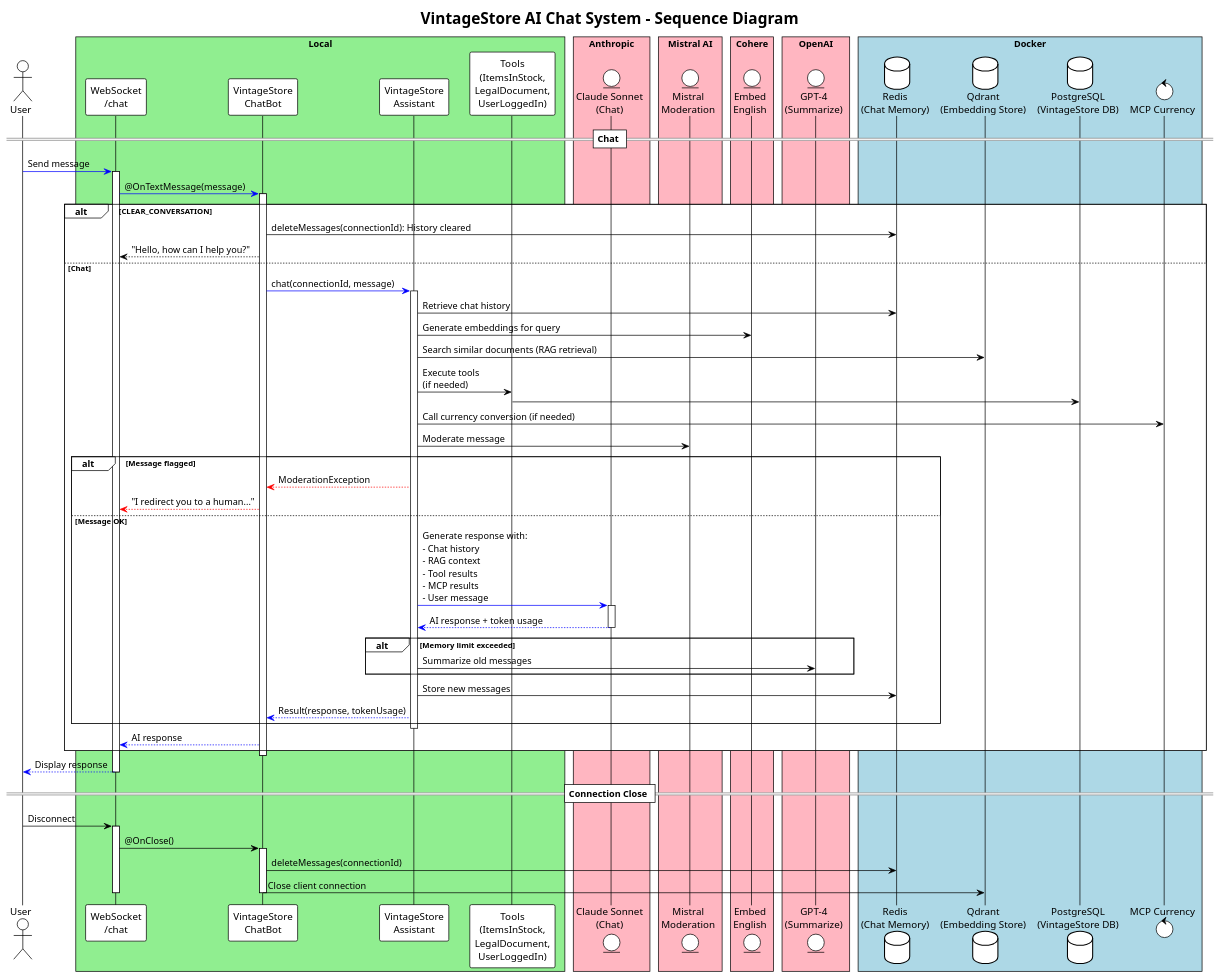
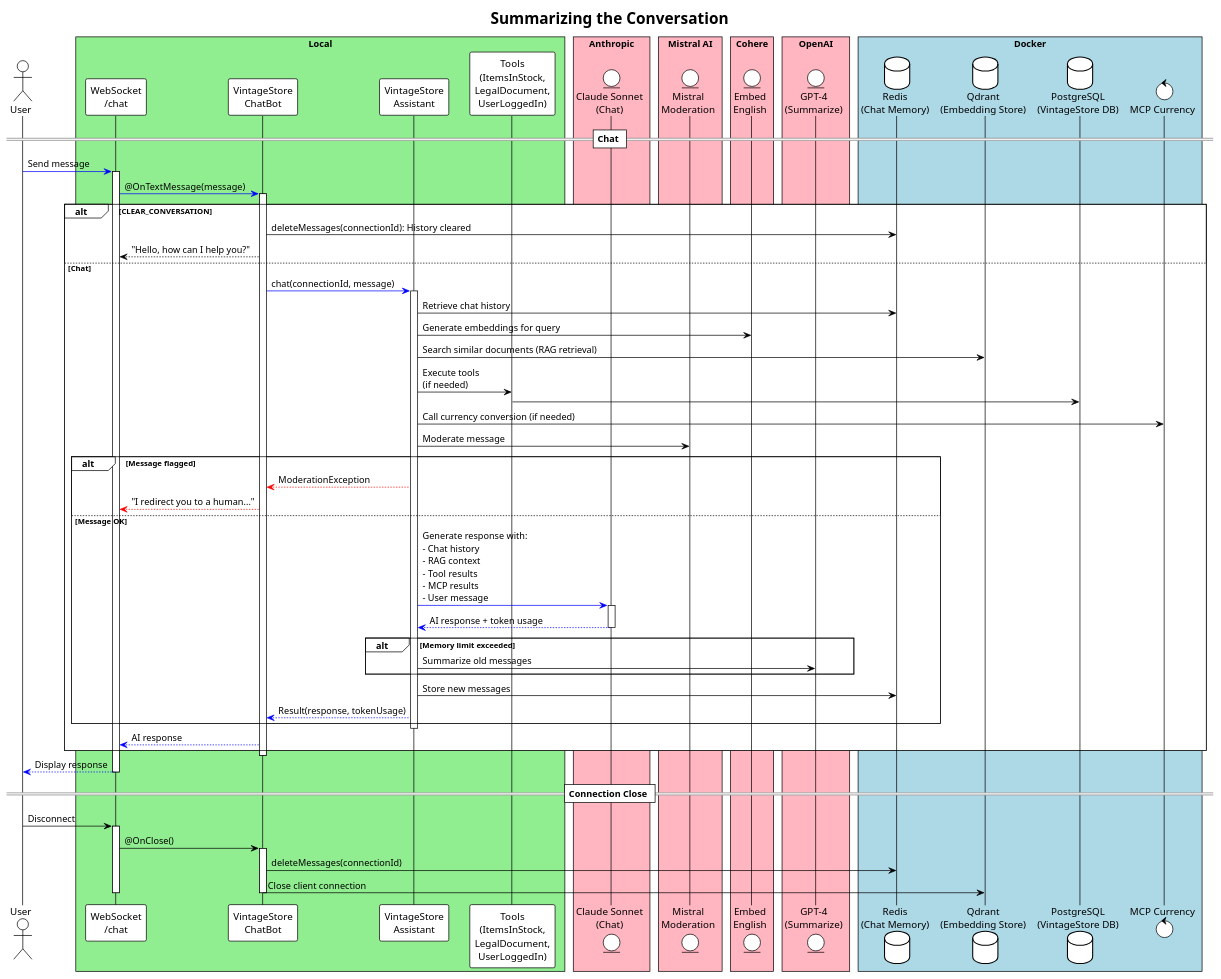
The diagram in docs/puml/51-summarize.puml (agoncal/agoncal-application-vintagestore), drawn with PlantUML before and after one commit. The commit also changed 7 other files, not shown here.

```diff
--- a/docs/puml/51-summarize.puml
+++ b/docs/puml/51-summarize.puml
@@ -1,87 +1,87 @@
 @startuml
 !theme plain
-title VintageStore AI Chat System - Sequence Diagram
+title Summarizing the Conversation
 
 actor User
 box "Local" #LightGreen
 participant "WebSocket\n/chat" as WS
 participant "VintageStore\nChatBot" as ChatBot
 participant "VintageStore\nAssistant" as Assistant
 participant "Tools\n(ItemsInStock,\nLegalDocument,\nUserLoggedIn)" as Tools
 end box
 box "Anthropic" #LightPink
 entity "Claude Sonnet\n(Chat)" as Anthropic
 end box
 box "Mistral AI" #LightPink
 entity "Mistral\nModeration" as Mistral
 end box
 box "Cohere" #LightPink
 entity "Embed\nEnglish" as Cohere
 end box
 box "OpenAI" #LightPink
 entity "GPT-4\n(Summarize)" as OpenAI
 end box
 box "Docker" #LightBlue
 database "Redis\n(Chat Memory)" as Redis
 database "Qdrant\n(Embedding Store)" as Qdrant
 database "PostgreSQL\n(VintageStore DB)" as PostgreSQL
 control "MCP Currency" as MCP
 end box
 
 == Chat ==
 User -[#blue]> WS: Send message
 activate WS
 WS -[#blue]> ChatBot: @OnTextMessage(message)
 activate ChatBot
 
 alt CLEAR_CONVERSATION
     ChatBot -> Redis: deleteMessages(connectionId): History cleared
     ChatBot --> WS: "Hello, how can I help you?"
 else Chat
     ChatBot -[#blue]> Assistant: chat(connectionId, message)
     activate Assistant
     Assistant -> Redis: Retrieve chat history
     Assistant -> Cohere: Generate embeddings for query
     Assistant -> Qdrant: Search similar documents (RAG retrieval)
     Assistant -> Tools: Execute tools\n(if needed)
     Tools -> PostgreSQL
     Assistant -> MCP: Call currency conversion (if needed)
     Assistant -> Mistral: Moderate message
 
     alt Message flagged
         Assistant -[#red]-> ChatBot: ModerationException
         ChatBot -[#red]-> WS: "I redirect you to a human..."
     else Message OK
 
         Assistant -[#blue]> Anthropic: Generate response with:\n- Chat history\n- RAG context\n- Tool results\n- MCP results\n- User message
         activate Anthropic
         Anthropic -[#blue]-> Assistant: AI response + token usage
         deactivate Anthropic
 
         alt Memory limit exceeded
             Assistant -> OpenAI: Summarize old messages
         end
 
         Assistant -> Redis: Store new messages
         Assistant -[#blue]-> ChatBot: Result(response, tokenUsage)
     end
     deactivate Assistant
 
     ChatBot -[#blue]-> WS: AI response
 end
 deactivate ChatBot
 
 WS -[#blue]-> User: Display response
 deactivate WS
 
 == Connection Close ==
 User -> WS: Disconnect
 activate WS
 WS -> ChatBot: @OnClose()
 activate ChatBot
 ChatBot -> Redis: deleteMessages(connectionId)
 ChatBot -> Qdrant: Close client connection
 deactivate ChatBot
 deactivate WS
 
 @enduml
```
